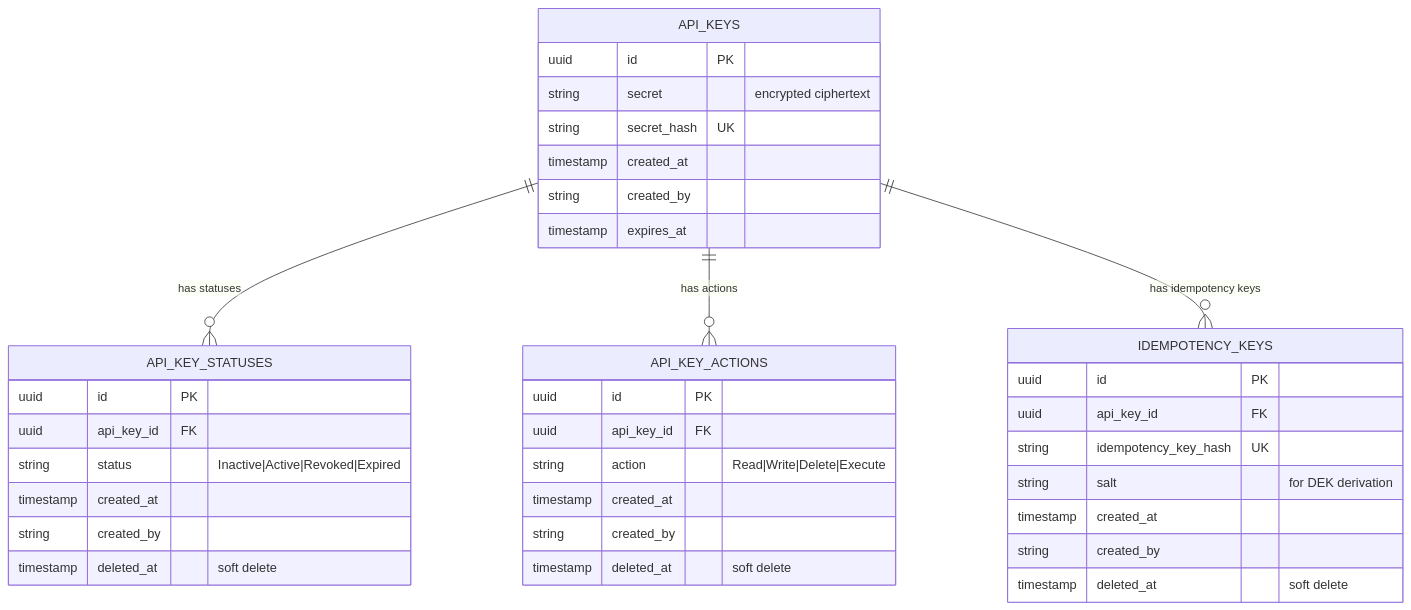
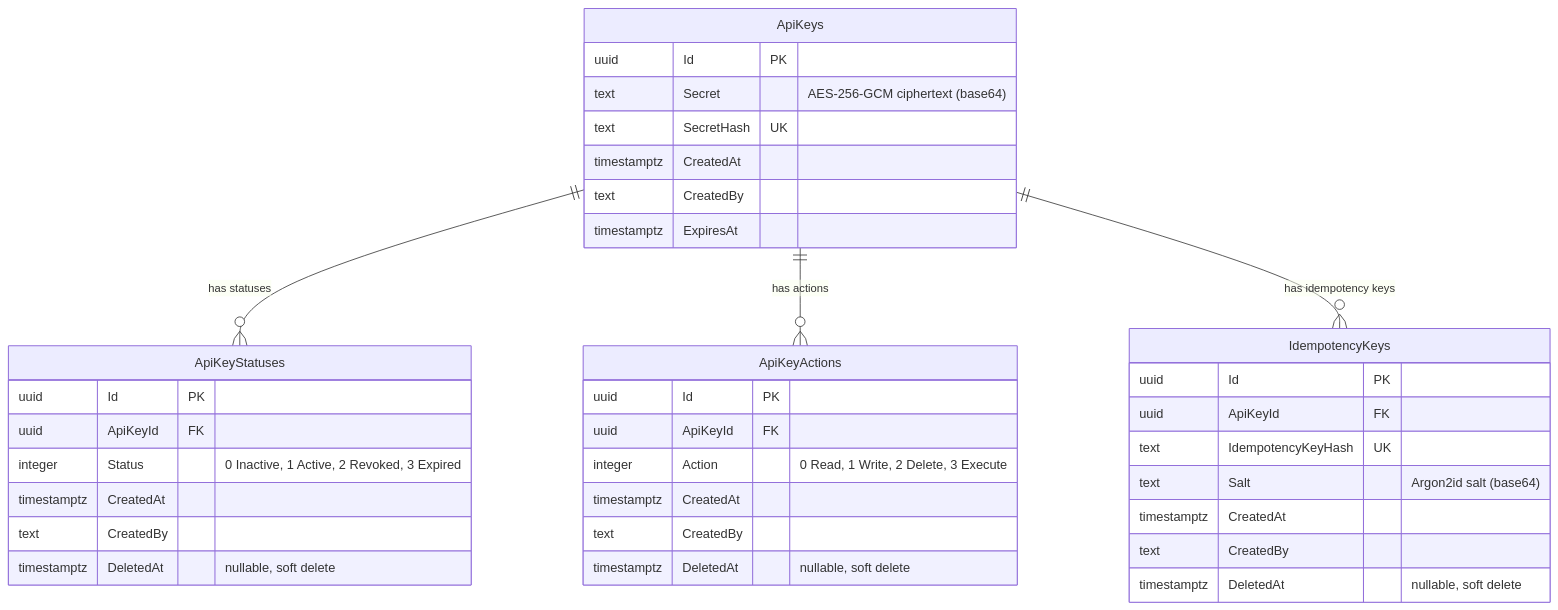
The diagram in Docs/Architecture/database.md (anthonynoelw/locksmith), drawn with Mermaid before and after one commit. The commit also changed other lines of this file and 8 other files, not shown here.

````diff
--- a/Docs/Architecture/database.md
+++ b/Docs/Architecture/database.md
@@ -9,43 +14,43 @@
 ```mermaid
 erDiagram
-    API_KEYS ||--o{ API_KEY_STATUSES : "has statuses"
-    API_KEYS ||--o{ API_KEY_ACTIONS : "has actions"
-    API_KEYS ||--o{ IDEMPOTENCY_KEYS : "has idempotency keys"
-    
-    API_KEYS {
-        uuid id PK
-        string secret "encrypted ciphertext"
-        string secret_hash UK
-        timestamp created_at
-        string created_by
-        timestamp expires_at
+    ApiKeys ||--o{ ApiKeyStatuses : "has statuses"
+    ApiKeys ||--o{ ApiKeyActions : "has actions"
+    ApiKeys ||--o{ IdempotencyKeys : "has idempotency keys"
+
+    ApiKeys {
+        uuid Id PK
+        text Secret "AES-256-GCM ciphertext (base64)"
+        text SecretHash UK
+        timestamptz CreatedAt
+        text CreatedBy
+        timestamptz ExpiresAt
     }
-    
-    IDEMPOTENCY_KEYS {
-        uuid id PK
-        uuid api_key_id FK
-        string idempotency_key_hash UK
-        string salt "for DEK derivation"
-        timestamp created_at
-        string created_by
-        timestamp deleted_at "soft delete"
+
+    IdempotencyKeys {
+        uuid Id PK
+        uuid ApiKeyId FK
+        text IdempotencyKeyHash UK
+        text Salt "Argon2id salt (base64)"
+        timestamptz CreatedAt
+        text CreatedBy
+        timestamptz DeletedAt "nullable, soft delete"
     }
-    
-    API_KEY_STATUSES {
-        uuid id PK
-        uuid api_key_id FK
-        string status "Inactive|Active|Revoked|Expired"
-        timestamp created_at
-        string created_by
-        timestamp deleted_at "soft delete"
+
+    ApiKeyStatuses {
+        uuid Id PK
+        uuid ApiKeyId FK
+        integer Status "0 Inactive, 1 Active, 2 Revoked, 3 Expired"
+        timestamptz CreatedAt
+        text CreatedBy
+        timestamptz DeletedAt "nullable, soft delete"
     }
-    
-    API_KEY_ACTIONS {
-        uuid id PK
-        uuid api_key_id FK
-        string action "Read|Write|Delete|Execute"
-        timestamp created_at
-        string created_by
-        timestamp deleted_at "soft delete"
+
+    ApiKeyActions {
+        uuid Id PK
+        uuid ApiKeyId FK
+        integer Action "0 Read, 1 Write, 2 Delete, 3 Execute"
+        timestamptz CreatedAt
+        text CreatedBy
+        timestamptz DeletedAt "nullable, soft delete"
     }
 ```
````
